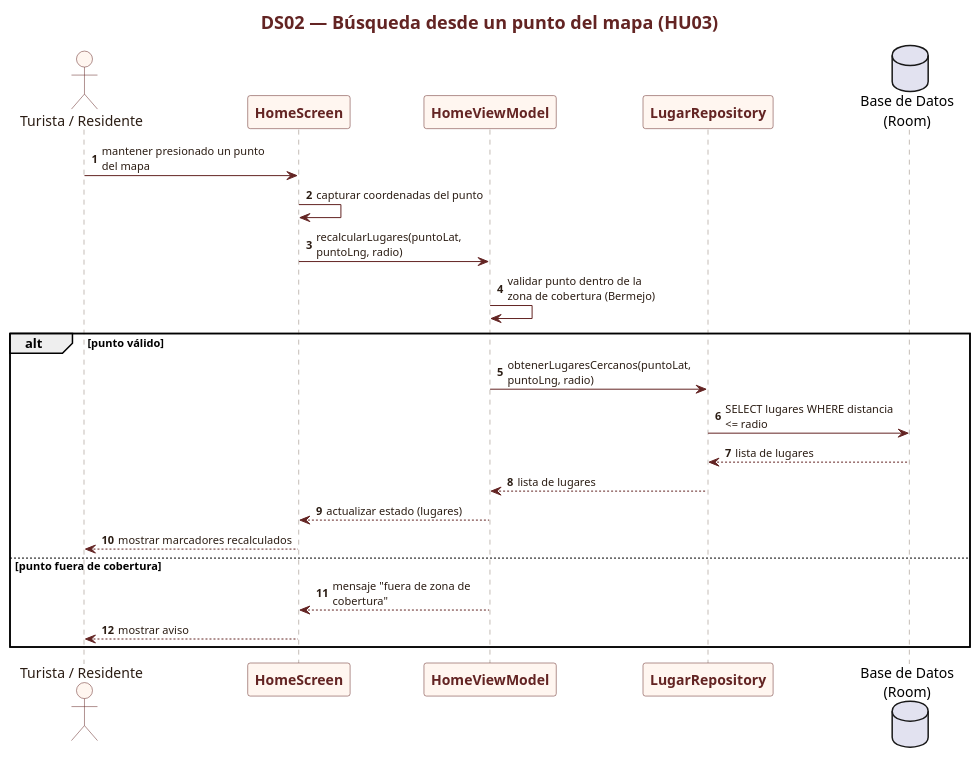
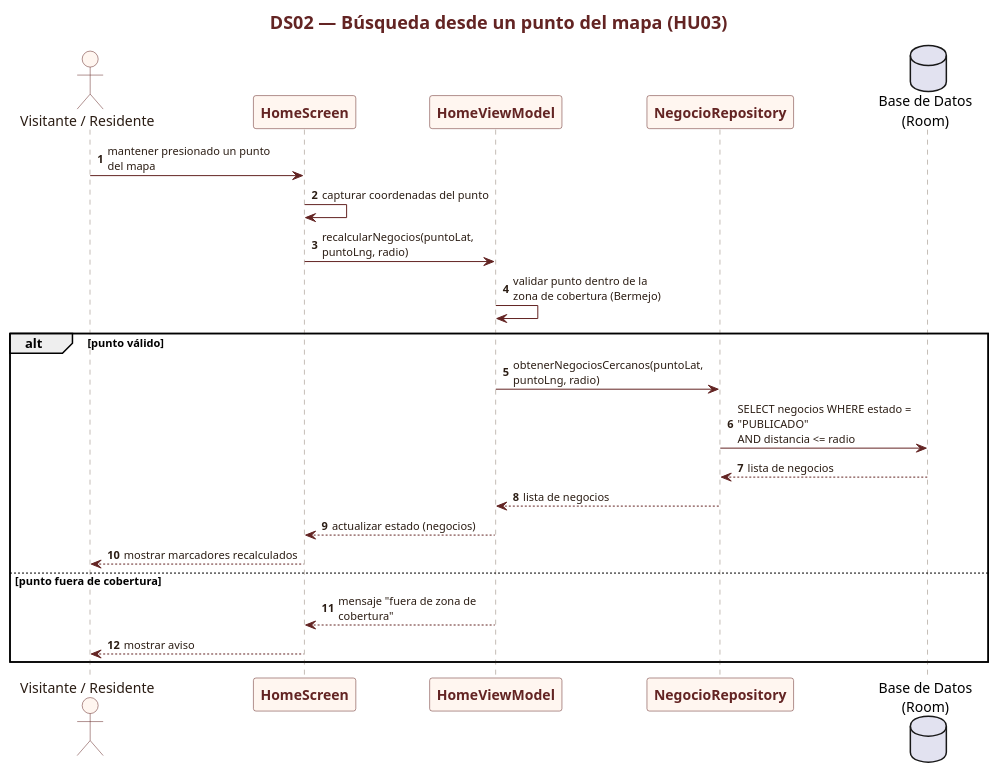
The diagram in diagrams/S1_DS02_Busqueda_Punto_Mapa.puml (chelingo1994/LuciDan), drawn with PlantUML before and after one commit. The commit also changed 197 other files, not shown here.

```diff
--- a/diagrams/S1_DS02_Busqueda_Punto_Mapa.puml
+++ b/diagrams/S1_DS02_Busqueda_Punto_Mapa.puml
@@ -1,59 +1,59 @@
 @startuml
 
 skinparam backgroundColor white
 skinparam shadowing false
 skinparam defaultFontName Arial
 skinparam maxMessageSize 180
 skinparam sequenceArrowThickness 1
 skinparam ArrowColor #632423
 skinparam ArrowFontColor #2B1D14
 skinparam ArrowFontSize 11
 skinparam sequence {
   ActorBorderColor #632423
   ActorBackgroundColor #FFF6F0
   ActorFontColor #2B1D14
   ParticipantBorderColor #632423
   ParticipantBackgroundColor #FFF6F0
   ParticipantFontColor #632423
   ParticipantFontStyle bold
   LifeLineBorderColor #8A7A6C
   LifeLineBackgroundColor #FFF6F0
   BoxBorderColor #632423
   BoxFontColor #632423
   BoxBackgroundColor #FFF9F5
   DividerBorderColor #632423
   DividerBackgroundColor #F2E4DE
   DividerFontColor #632423
 }
 skinparam titleFontColor #632423
 skinparam titleFontSize 18
 skinparam titleFontStyle bold
 skinparam noteBackgroundColor #FFF9E8
 skinparam noteBorderColor #8A7A6C
 
 
 title DS02 — Búsqueda desde un punto del mapa (HU03)
 autonumber
-actor "Turista / Residente" as U
+actor "Visitante / Residente" as U
 participant "HomeScreen" as UI
 participant "HomeViewModel" as VM
-participant "LugarRepository" as REPO
+participant "NegocioRepository" as REPO
 database "Base de Datos\n(Room)" as DB
 
 U -> UI : mantener presionado un punto del mapa
 UI -> UI : capturar coordenadas del punto
-UI -> VM : recalcularLugares(puntoLat, puntoLng, radio)
+UI -> VM : recalcularNegocios(puntoLat, puntoLng, radio)
 VM -> VM : validar punto dentro de la\nzona de cobertura (Bermejo)
 alt punto válido
-  VM -> REPO : obtenerLugaresCercanos(puntoLat, puntoLng, radio)
-  REPO -> DB : SELECT lugares WHERE distancia <= radio
-  DB --> REPO : lista de lugares
-  REPO --> VM : lista de lugares
-  VM --> UI : actualizar estado (lugares)
+  VM -> REPO : obtenerNegociosCercanos(puntoLat, puntoLng, radio)
+  REPO -> DB : SELECT negocios WHERE estado = "PUBLICADO"\nAND distancia <= radio
+  DB --> REPO : lista de negocios
+  REPO --> VM : lista de negocios
+  VM --> UI : actualizar estado (negocios)
   UI --> U : mostrar marcadores recalculados
 else punto fuera de cobertura
   VM --> UI : mensaje "fuera de zona de cobertura"
   UI --> U : mostrar aviso
 end
 
 @enduml
```
